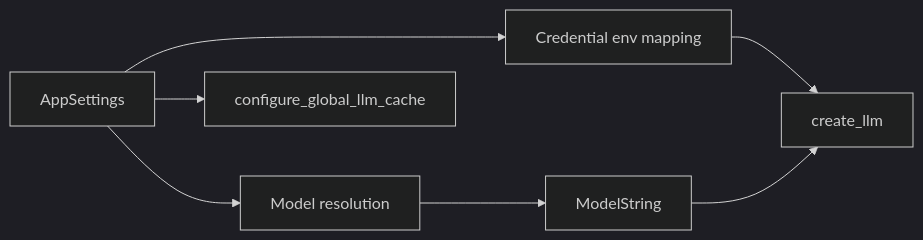
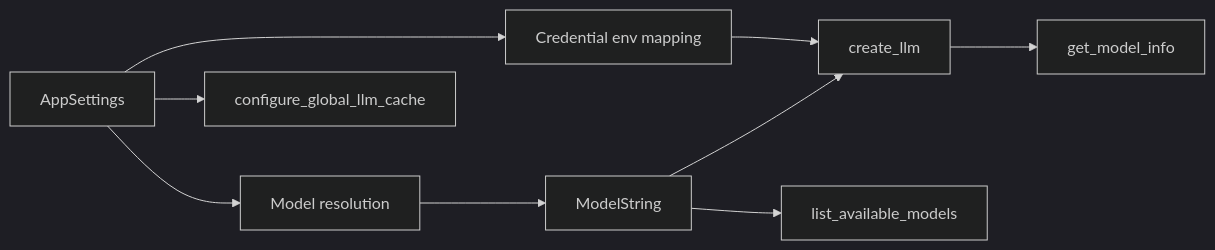
Before and after one commit to pr1m8/ooai-llm: the diagram in docs/index.md, drawn with Mermaid (dark theme). The commit also changed other lines of this file and 32 other files, not shown here.

````diff
--- a/docs/index.md
+++ b/docs/index.md
@@ -34,9 +43,11 @@
 ```{mermaid}
 flowchart LR
     A[AppSettings] --> B[Model resolution]
     A --> C[Credential env mapping]
     B --> D[ModelString]
     C --> E[create_llm]
     D --> E[create_llm]
     A --> F[configure_global_llm_cache]
+    D --> G[list_available_models]
+    E --> H[get_model_info]
 ```
````
